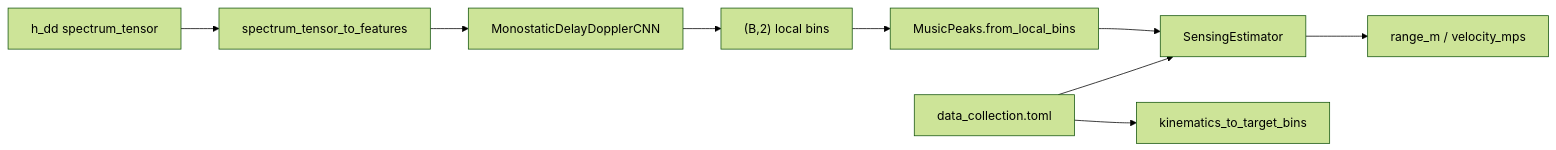
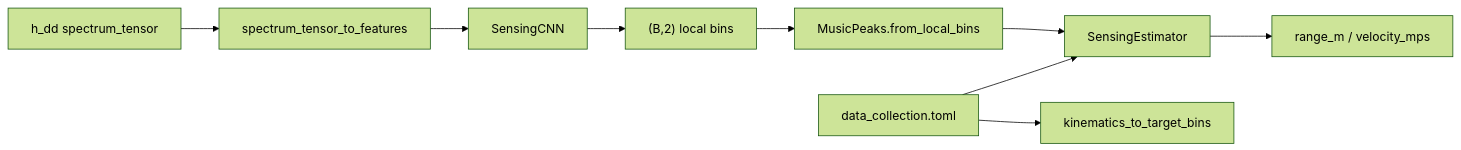
The diagram in docs/monostatic_delay_doppler_cnn.md (GitLinhp/isac), drawn with Mermaid (forest theme) before and after one commit. The commit also changed other lines of this file and 9 other files, not shown here.

````diff
--- a/docs/monostatic_delay_doppler_cnn.md
+++ b/docs/monostatic_delay_doppler_cnn.md
@@ -34,11 +34,11 @@
 ```mermaid
 flowchart LR
   HDF5[h_dd spectrum_tensor] --> Preprocess[spectrum_tensor_to_features]
-  Preprocess --> CNN[MonostaticDelayDopplerCNN]
+  Preprocess --> CNN[SensingCNN]
   CNN --> Bins["(B,2) local bins"]
   Bins --> MP[MusicPeaks.from_local_bins]
   MP --> SE[SensingEstimator]
   SE --> Phys[range_m / velocity_mps]
   TOML[data_collection.toml] --> Labels[kinematics_to_target_bins]
   TOML --> SE
 ```
````
